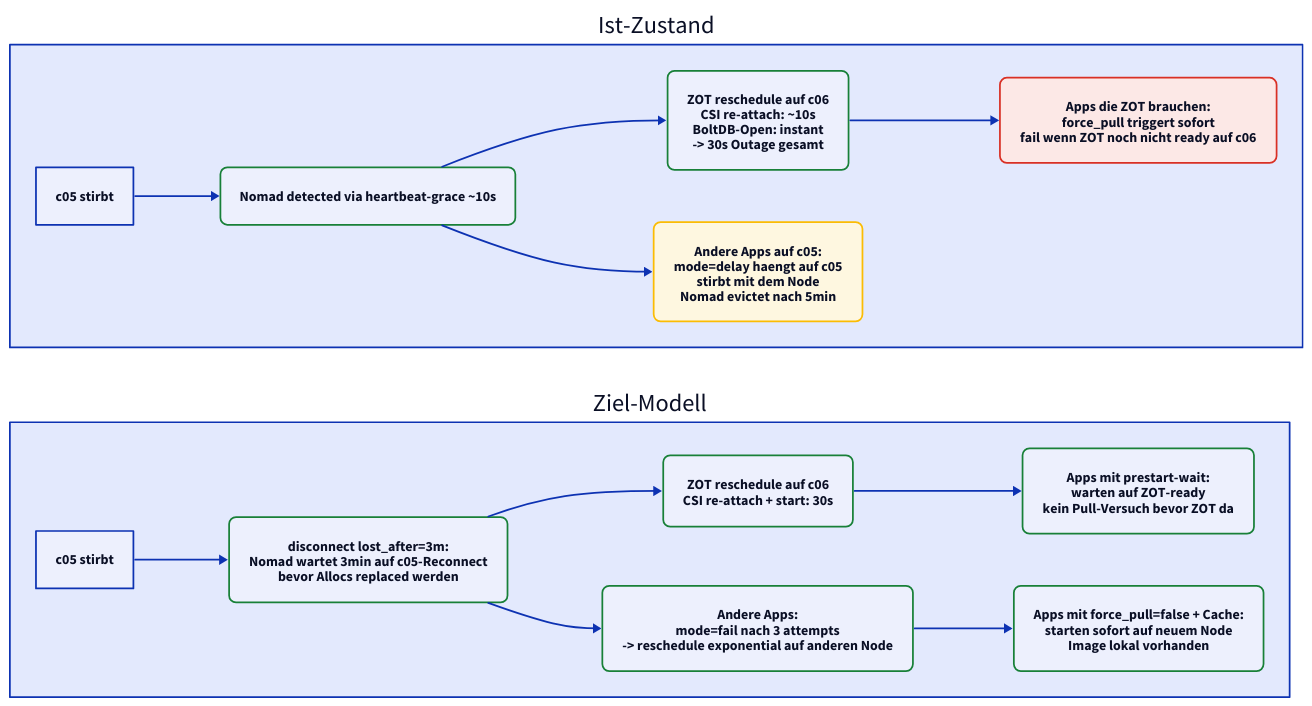
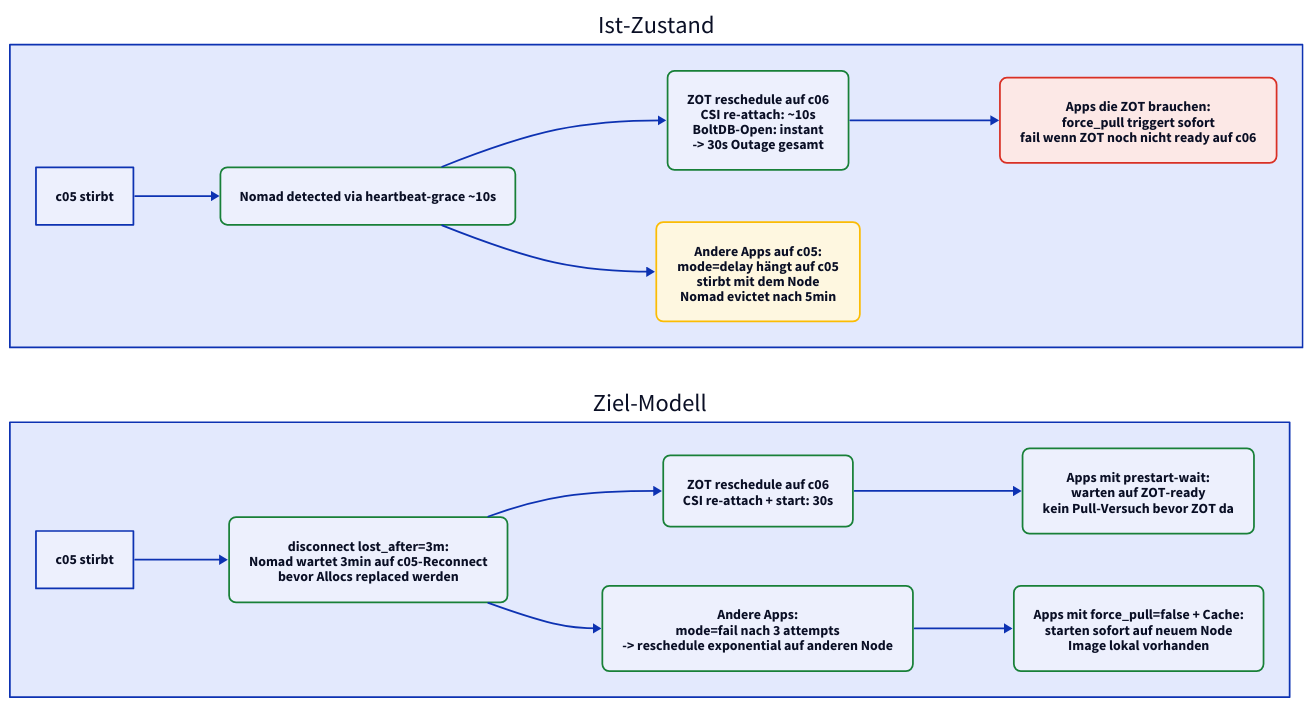
Before and after one commit to derever-labs/homelab-wiki: the sixth of 7 diagrams in docs/_querschnitt/cluster-resilience.md, drawn with D2. The commit also changed other lines of this file and 15 other files, not shown here.

````diff
--- a/docs/_querschnitt/cluster-resilience.md
+++ b/docs/_querschnitt/cluster-resilience.md
@@ -338,35 +338,35 @@
 ```d2
 direction: right
 
 classes: {
   ok: { style: { border-radius: 8; stroke: "#188038" } }
   problem: { style: { border-radius: 8; stroke: "#d93025"; fill: "#fce8e6" } }
   warn: { style: { border-radius: 8; stroke: "#fbbc04"; fill: "#fef7e0" } }
 }
 
 Heute_n: "Ist-Zustand" {
   ha1: "c05 stirbt"
   ha2: "Nomad detected via heartbeat-grace ~10s" { class: ok }
   ha3: "ZOT reschedule auf c06\nCSI re-attach: ~10s\nBoltDB-Open: instant\n-> 30s Outage gesamt" { class: ok }
-  ha4: "Andere Apps auf c05:\nmode=delay haengt auf c05\nstirbt mit dem Node\nNomad evictet nach 5min" { class: warn }
+  ha4: "Andere Apps auf c05:\nmode=delay hängt auf c05\nstirbt mit dem Node\nNomad evictet nach 5min" { class: warn }
   ha5: "Apps die ZOT brauchen:\nforce_pull triggert sofort\nfail wenn ZOT noch nicht ready auf c06" { class: problem }
 
   ha1 -> ha2 -> ha3
   ha2 -> ha4
   ha3 -> ha5
 }
 
 Neu_n: "Ziel-Modell" {
   na1: "c05 stirbt"
   na2: "disconnect lost_after=3m:\nNomad wartet 3min auf c05-Reconnect\nbevor Allocs replaced werden" { class: ok }
   na3: "ZOT reschedule auf c06\nCSI re-attach + start: 30s" { class: ok }
   na4: "Andere Apps:\nmode=fail nach 3 attempts\n-> reschedule exponential auf anderen Node" { class: ok }
   na5: "Apps mit prestart-wait:\nwarten auf ZOT-ready\nkein Pull-Versuch bevor ZOT da" { class: ok }
   na6: "Apps mit force_pull=false + Cache:\nstarten sofort auf neuem Node\nImage lokal vorhanden" { class: ok }
 
   na1 -> na2 -> na3
   na2 -> na4
   na3 -> na5
   na4 -> na6
 }
 ```
````
